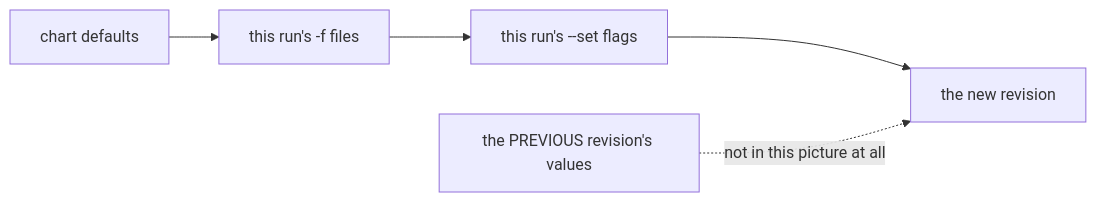
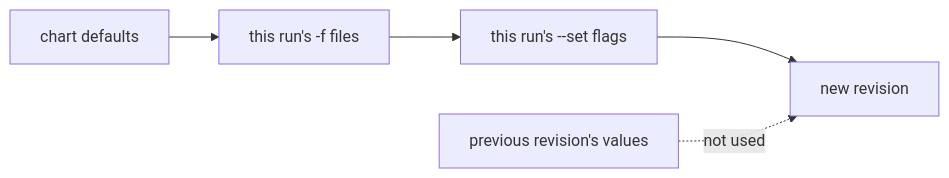
The diagram in sections/section-030/module-01/course-02-how-upgrade-computes-values.md (astrona-io/ATS013), drawn with Mermaid before and after one commit. The commit also changed other lines of this file and 38 other files, not shown here.

````diff
--- a/sections/section-030/module-01/course-02-how-upgrade-computes-values.md
+++ b/sections/section-030/module-01/course-02-how-upgrade-computes-values.md
@@ -13,7 +17,7 @@
 ```mermaid
 flowchart LR
     C["chart defaults"] --> F["this run's -f files"]
     F --> S["this run's --set flags"]
-    S --> N["the new revision"]
-    P["the PREVIOUS revision's values"] -.->|"not in this picture at all"| N
+    S --> N["new revision"]
+    P["previous revision's values"] -.->|"not used"| N
 ```
````
